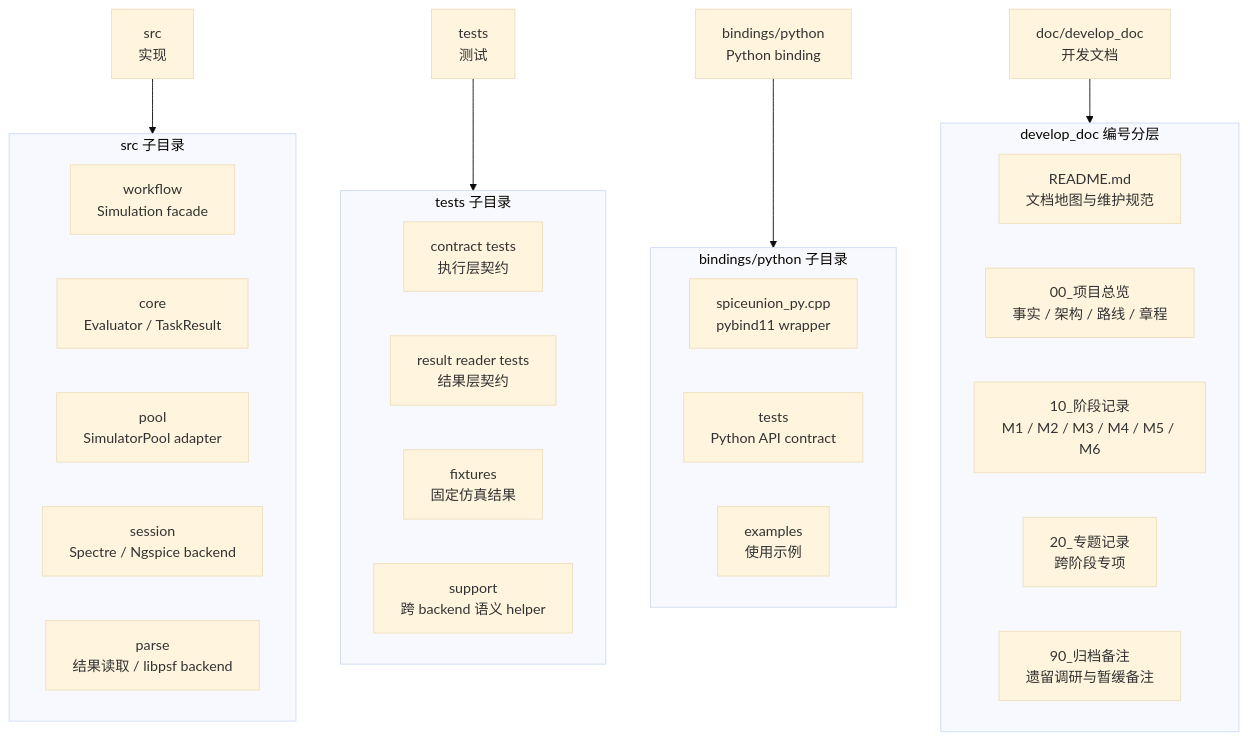
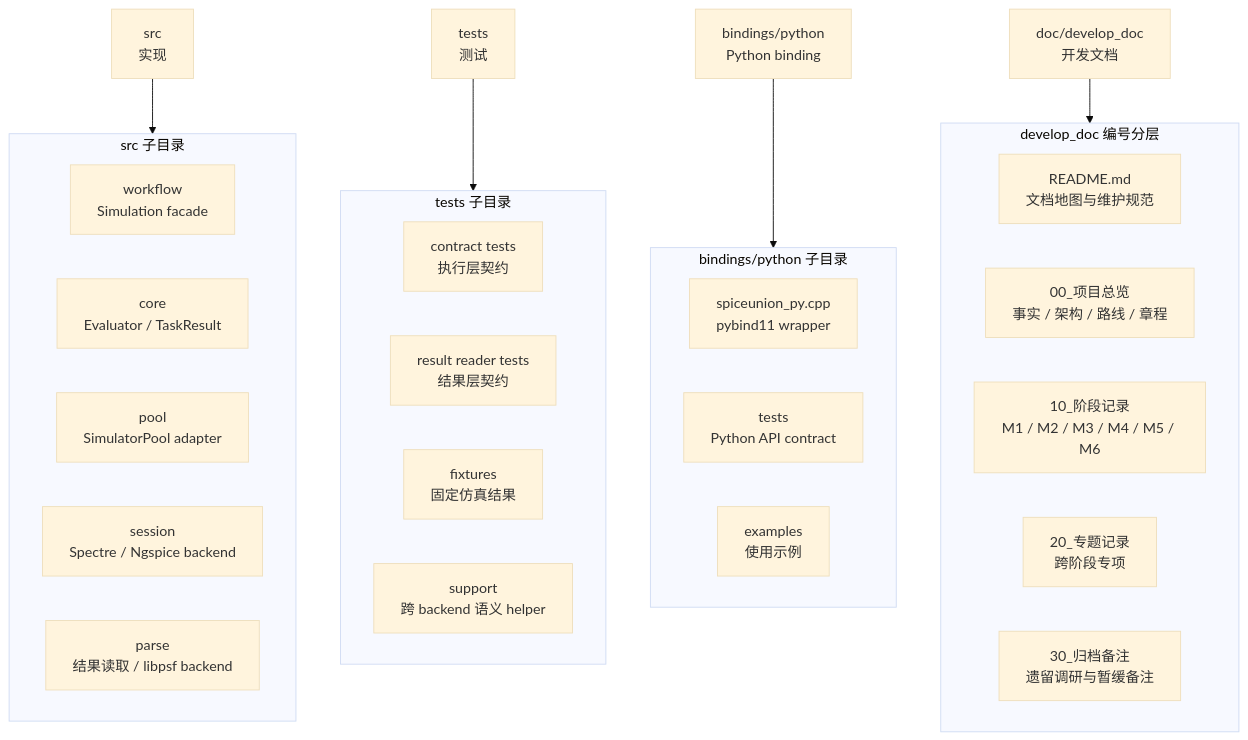
The sixth of 6 diagrams in doc/develop_doc/00_项目总览/02_架构总览.md (Snappersontheprowl/SPICEUnion), drawn with Mermaid (base theme) before and after one commit. The commit also changed 5 other files, not shown here.

````diff
--- a/doc/develop_doc/00_项目总览/02_架构总览.md
+++ b/doc/develop_doc/00_项目总览/02_架构总览.md
@@ -313,41 +313,41 @@
 ```mermaid
 flowchart TB
     Src["src<br/>实现"]
     Tests["tests<br/>测试"]
     Bindings["bindings/python<br/>Python binding"]
     Docs["doc/develop_doc<br/>开发文档"]
 
     subgraph SrcDirs["src 子目录"]
         WorkflowSrc["workflow<br/>Simulation facade"]
         CoreSrc["core<br/>Evaluator / TaskResult"]
         PoolSrc["pool<br/>SimulatorPool adapter"]
         SessionSrc["session<br/>Spectre / Ngspice backend"]
         ParseSrc["parse<br/>结果读取 / libpsf backend"]
     end
 
     subgraph TestDirs["tests 子目录"]
         ContractTests["contract tests<br/>执行层契约"]
         ResultTests["result reader tests<br/>结果层契约"]
         FixtureTests["fixtures<br/>固定仿真结果"]
         SemanticTests["support<br/>跨 backend 语义 helper"]
     end
 
     subgraph PyDirs["bindings/python 子目录"]
         PyCpp["spiceunion_py.cpp<br/>pybind11 wrapper"]
         PyTests["tests<br/>Python API contract"]
         PyExamples["examples<br/>使用示例"]
     end
 
     subgraph DocFiles["develop_doc 编号分层"]
         DocRoot["README.md<br/>文档地图与维护规范"]
         Overview["00_项目总览<br/>事实 / 架构 / 路线 / 章程"]
         Milestones["10_阶段记录<br/>M1 / M2 / M3 / M4 / M5 / M6"]
         Topics["20_专题记录<br/>跨阶段专项"]
-        Archive["90_归档备注<br/>遗留调研与暂缓备注"]
+        Archive["30_归档备注<br/>遗留调研与暂缓备注"]
     end
 
     Src --> SrcDirs
     Tests --> TestDirs
     Bindings --> PyDirs
     Docs --> DocFiles
 ```
````
